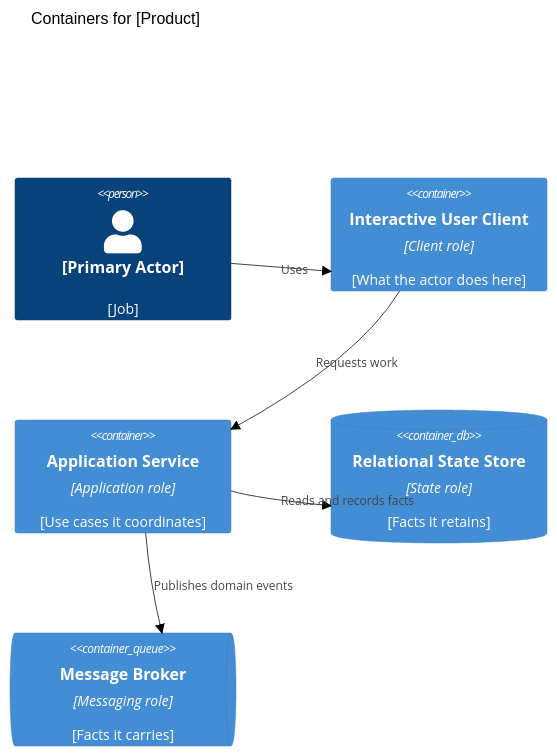
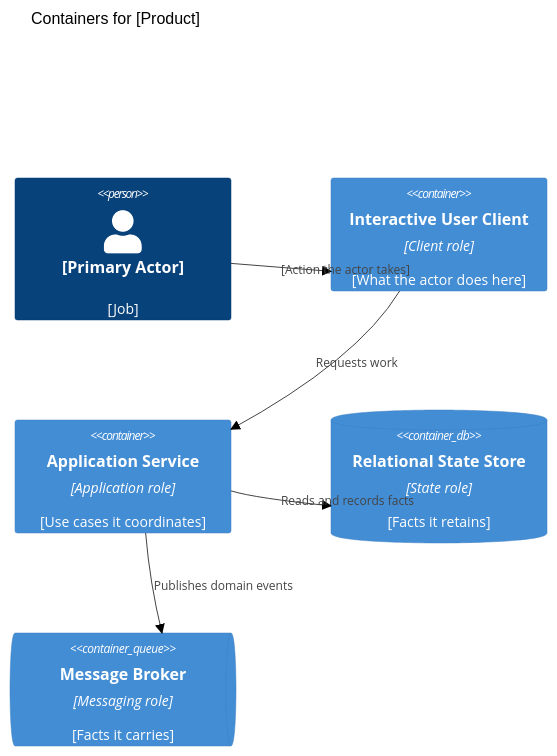
Before and after one commit to abbasmhd/Prdfy: the second of 3 diagrams in .agents/skills/prdfy-c4/SKILL.md, drawn with Mermaid (neutral theme). The commit also changed other lines of this file and 6 other files, not shown here.

````diff
--- a/.agents/skills/prdfy-c4/SKILL.md
+++ b/.agents/skills/prdfy-c4/SKILL.md
@@ -73,13 +77,13 @@
 ```mermaid
 C4Container
 title Containers for [Product]
 Person(actor, "[Primary Actor]", "[Job]")
 Container(client, "Interactive User Client", "Client role", "[What the actor does here]")
 Container(app, "Application Service", "Application role", "[Use cases it coordinates]")
 ContainerDb(state, "Relational State Store", "State role", "[Facts it retains]")
 ContainerQueue(broker, "Message Broker", "Messaging role", "[Facts it carries]")
-Rel(actor, client, "Uses")
+Rel(actor, client, "[Action the actor takes]")
 Rel(client, app, "Requests work")
 Rel(app, state, "Reads and records facts")
 Rel(app, broker, "Publishes domain events")
 ```
````
